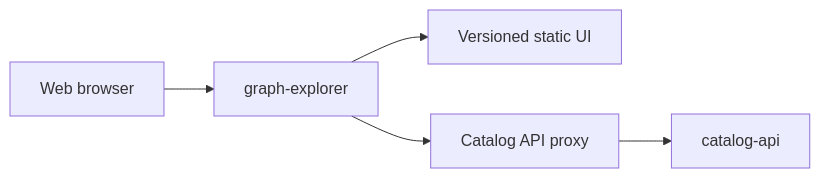
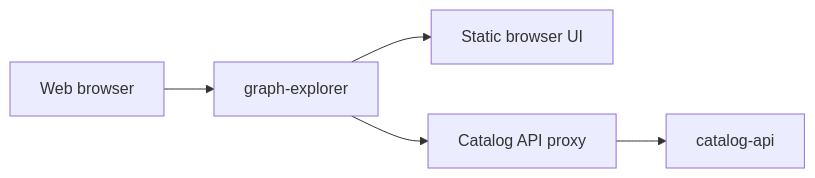
One commit to groovemap-music/graph-explorer changed the diagram in README.md. Above: the diagram before and after it, drawn with Mermaid. The commit also changed other lines of this file and 8 other files, not shown here.

````diff
--- a/README.md
+++ b/README.md
@@ -5,7 +5,7 @@
 ```mermaid
 flowchart LR
     Browser[Web browser] --> Explorer[graph-explorer]
-    Explorer --> Static[Versioned static UI]
+    Explorer --> Static[Static browser UI]
     Explorer --> Proxy[Catalog API proxy]
     Proxy --> Catalog[catalog-api]
 ```
````
